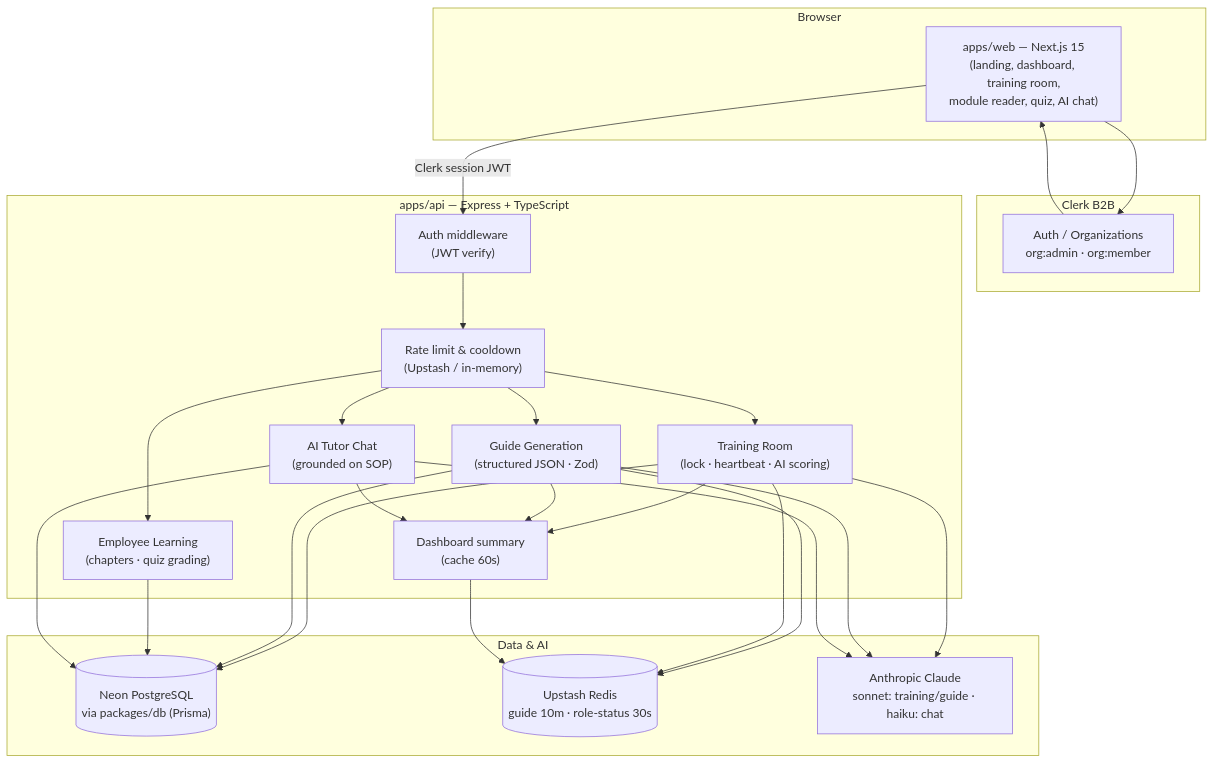
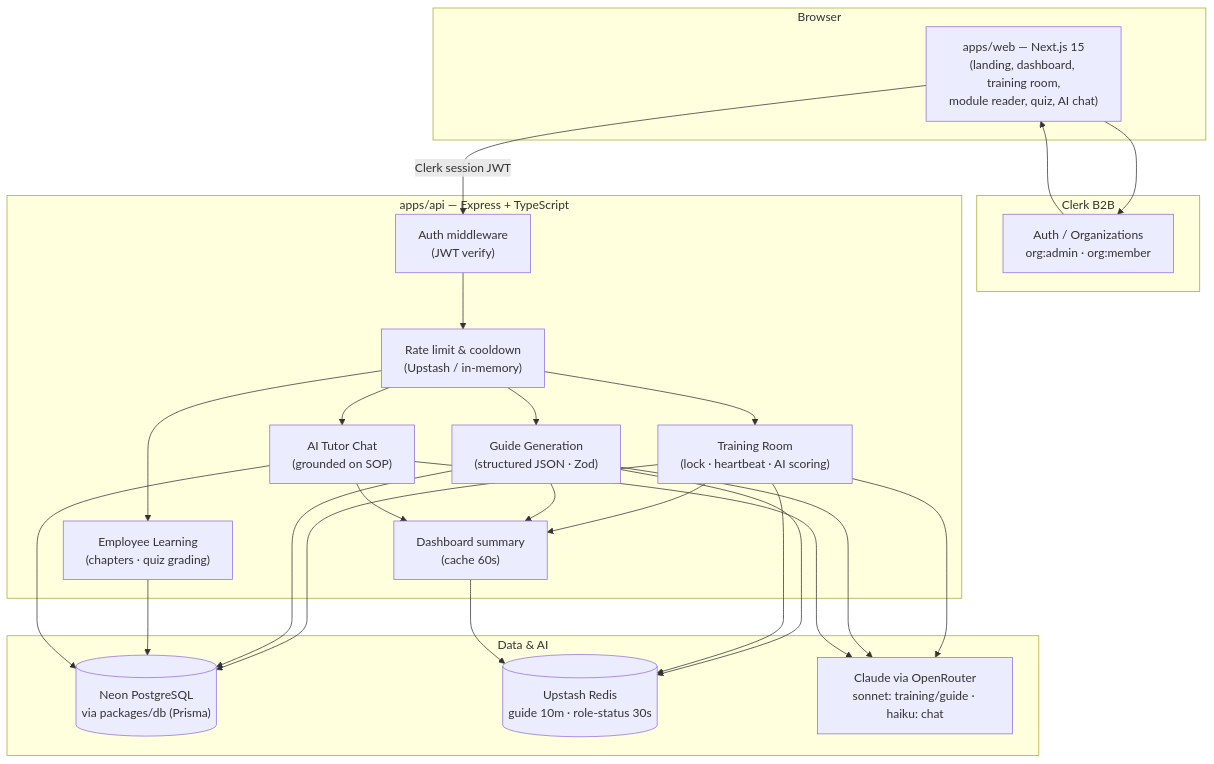
One commit to alarixfr/emplobo changed the diagram in README.md. Above: the diagram before and after it, drawn with Mermaid. The commit also changed other lines of this file, not shown here.

First line of the commit message:
docs: correct AI provider (OpenRouter) and env var notes in README

````diff
--- a/README.md
+++ b/README.md
@@ -176,39 +176,39 @@
 ```mermaid
 flowchart TB
   subgraph Browser["Browser"]
     W["apps/web — Next.js 15<br/>(landing, dashboard, training room,<br/>module reader, quiz, AI chat)"]
   end
 
   subgraph Clerk["Clerk B2B"]
     CL["Auth / Organizations<br/>org:admin · org:member"]
   end
 
   subgraph API["apps/api — Express + TypeScript"]
     A["Auth middleware<br/>(JWT verify)"]
     RL["Rate limit & cooldown<br/>(Upstash / in-memory)"]
     TR["Training Room<br/>(lock · heartbeat · AI scoring)"]
     GG["Guide Generation<br/>(structured JSON · Zod)"]
     EMP["Employee Learning<br/>(chapters · quiz grading)"]
     CH["AI Tutor Chat<br/>(grounded on SOP)"]
     DBX["Dashboard summary<br/>(cache 60s)"]
   end
 
   subgraph Data["Data & AI"]
     DB[("Neon PostgreSQL<br/>via packages/db (Prisma)")]
     RC[("Upstash Redis<br/>guide 10m · role-status 30s")]
-    AI["Anthropic Claude<br/>sonnet: training/guide · haiku: chat"]
+    AI["Claude via OpenRouter<br/>sonnet: training/guide · haiku: chat"]
   end
 
   W -->|Clerk session JWT| A
   W --> CL
   CL --> W
   A --> RL
   RL --> TR & GG & EMP & CH
   TR --> AI
   GG --> AI
   CH --> AI
   TR & GG & CH --> DBX
   TR & GG & EMP & CH --> DB
   GG & TR --> RC
   DBX --> RC
 ```
````
